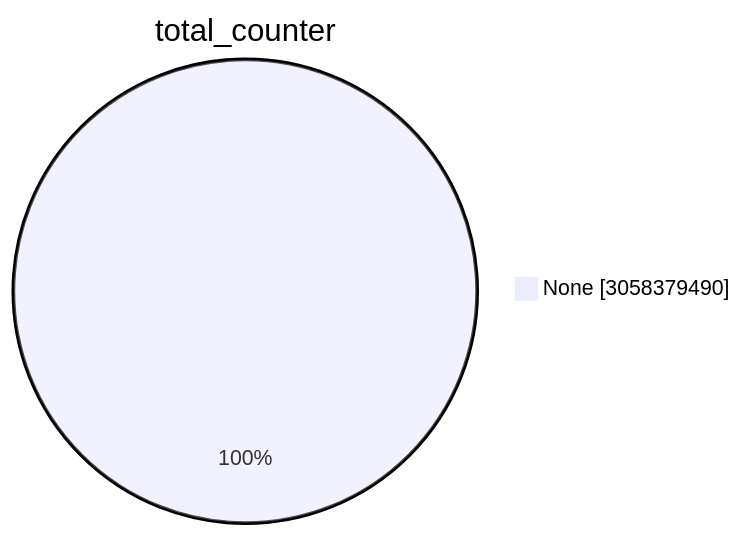
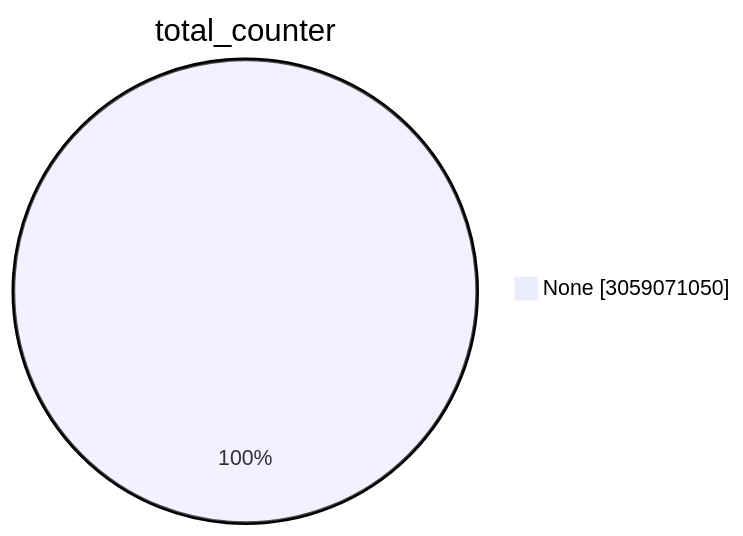
The first of 15 diagrams in TOTAL/README.md (christiankrug/ctmonitor_visualization), drawn with Mermaid before and after one commit. The commit also changed other lines of this file, not shown here.

````diff
--- a/TOTAL/README.md
+++ b/TOTAL/README.md
@@ -1,5 +1,5 @@
 ```mermaid
 pie showData
 title total_counter
-"None" :3058379490
+"None" :3059071050
 ```
````
